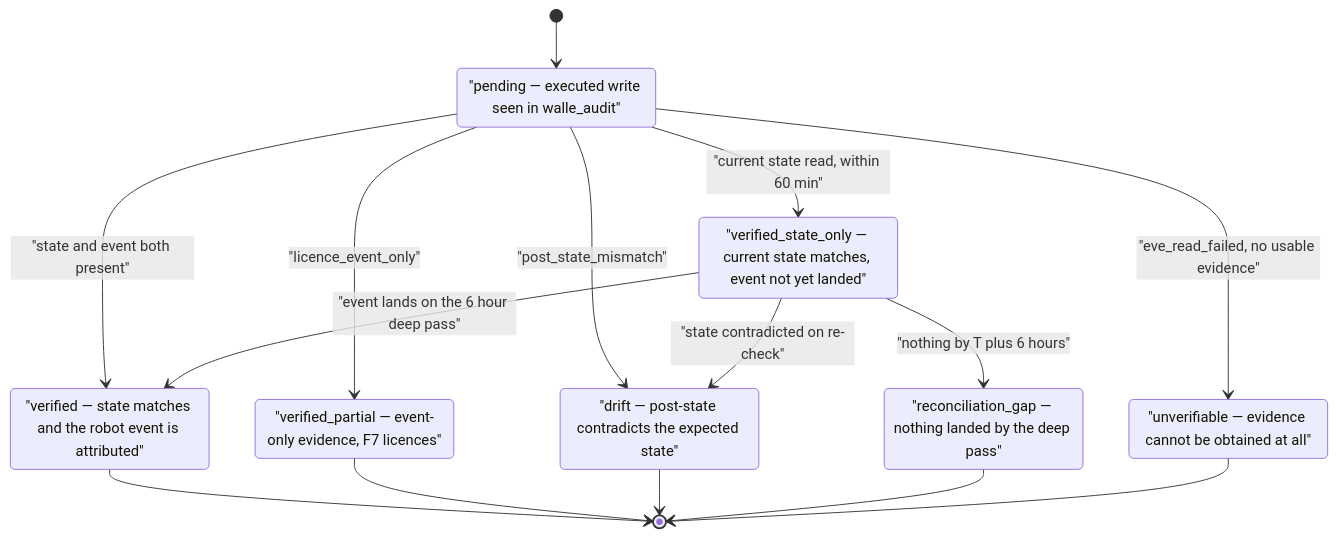
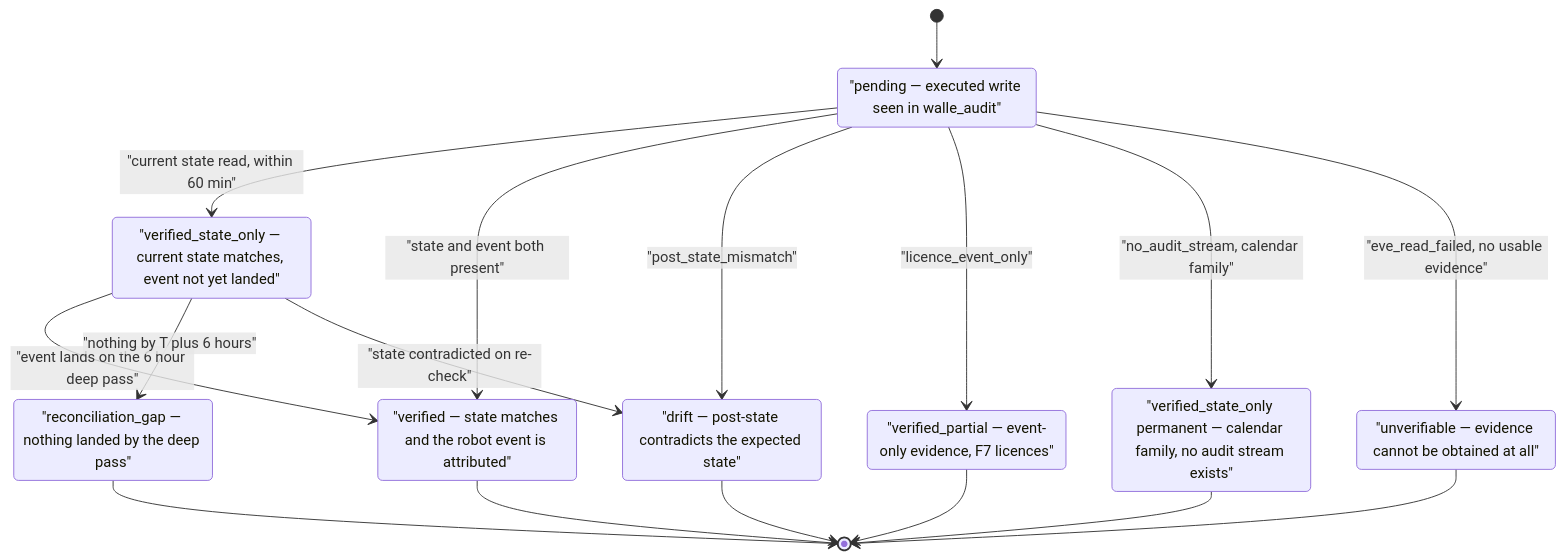
The second of 2 diagrams in platform/eve/04-flows.md (jsbdfgidsfg/agentic-platform), drawn with Mermaid before and after one commit. The commit also changed other lines of this file and 16 other files, not shown here.

````diff
--- a/platform/eve/04-flows.md
+++ b/platform/eve/04-flows.md
@@ -240,25 +276,28 @@
 ```mermaid
 stateDiagram-v2
     [*] --> pending
     pending: "pending — executed write seen in walle_audit"
     verified_state_only: "verified_state_only — current state matches, event not yet landed"
+    verified_state_only_final: "verified_state_only permanent — calendar family, no audit stream exists"
     verified: "verified — state matches and the robot event is attributed"
     verified_partial: "verified_partial — event-only evidence, F7 licences"
     drift: "drift — post-state contradicts the expected state"
     reconciliation_gap: "reconciliation_gap — nothing landed by the deep pass"
     unverifiable: "unverifiable — evidence cannot be obtained at all"
 
     pending --> verified_state_only: "current state read, within 60 min"
     pending --> verified: "state and event both present"
     pending --> drift: "post_state_mismatch"
     pending --> verified_partial: "licence_event_only"
+    pending --> verified_state_only_final: "no_audit_stream, calendar family"
     pending --> unverifiable: "eve_read_failed, no usable evidence"
     verified_state_only --> verified: "event lands on the 6 hour deep pass"
     verified_state_only --> reconciliation_gap: "nothing by T plus 6 hours"
     verified_state_only --> drift: "state contradicted on re-check"
     verified --> [*]
+    verified_state_only_final --> [*]
     verified_partial --> [*]
     drift --> [*]
     reconciliation_gap --> [*]
     unverifiable --> [*]
 ```
````
